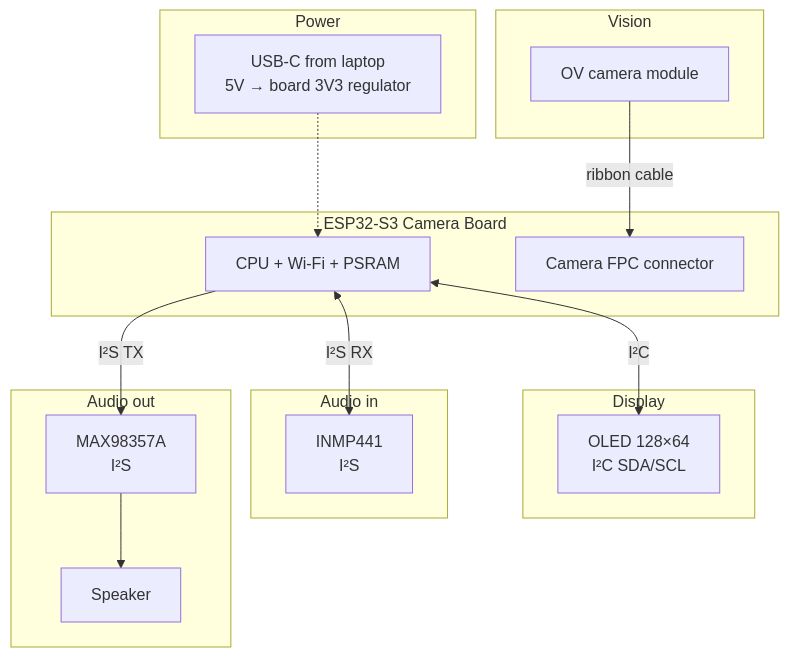
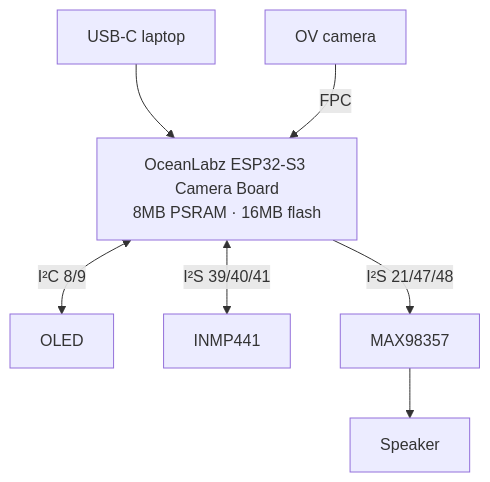
One commit to akashsoni01/zoop changed the second of 4 diagrams in physical-components/README.md. Above: the diagram before and after it, drawn with Mermaid. The commit also changed other lines of this file and 9 other files, not shown here.

````diff
--- a/physical-components/README.md
+++ b/physical-components/README.md
@@ -91,34 +86,8 @@
 ```mermaid
 flowchart TB
-  subgraph Power["Power"]
-    USB["USB-C from laptop<br/>5V → board 3V3 regulator"]
-  end
-
-  subgraph MCU["ESP32-S3 Camera Board"]
-    CPU["CPU + Wi‑Fi + PSRAM"]
-    CAM["Camera FPC connector"]
-    USB -.-> CPU
-  end
-
-  subgraph Vision["Vision"]
-    LENS["OV camera module"]
-  end
-
-  subgraph Display["Display"]
-    OLED["OLED 128×64<br/>I²C SDA/SCL"]
-  end
-
-  subgraph AudioIn["Audio in"]
-    MIC["INMP441<br/>I²S"]
-  end
-
-  subgraph AudioOut["Audio out"]
-    AMP["MAX98357A<br/>I²S"]
-    SPK["Speaker"]
-  end
-
-  LENS -->|ribbon cable| CAM
-  CPU <-->|I²C| OLED
-  CPU <-->|I²S RX| MIC
-  CPU -->|I²S TX| AMP --> SPK
+  USB["USB-C laptop"] --> ESP["OceanLabz ESP32-S3 Camera Board<br/>8MB PSRAM · 16MB flash"]
+  CAM["OV camera"] -->|FPC| ESP
+  ESP <-->|I²C 8/9| OLED["OLED"]
+  ESP <-->|I²S 39/40/41| MIC["INMP441"]
+  ESP -->|I²S 21/47/48| AMP["MAX98357"] --> SPK["Speaker"]
 ```
````
